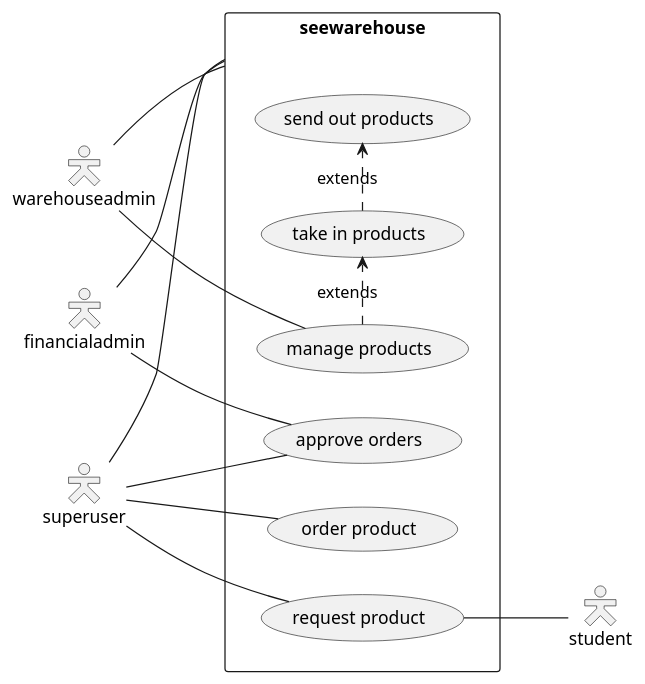
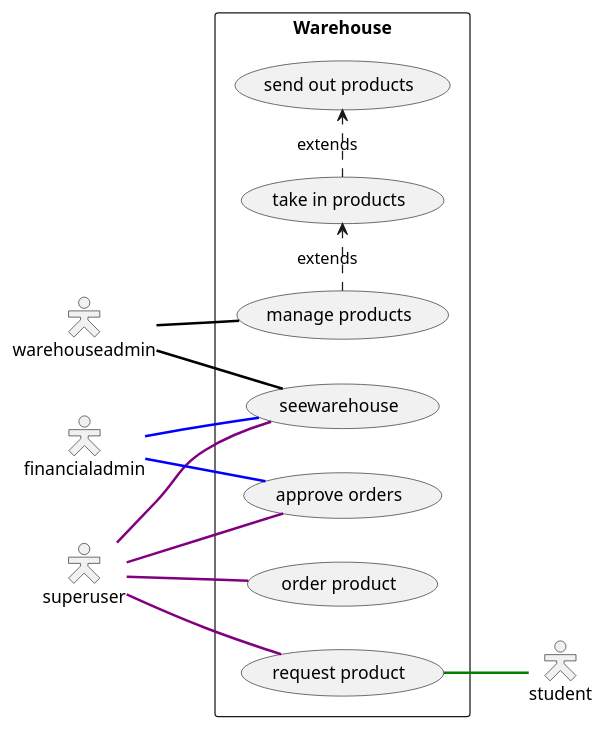
The diagram in test.wsd (maricalexei/Project-MBOU-Magazijn), drawn with PlantUML before and after one commit.

Commit message:
colorcoded lines

```diff
--- a/test.wsd
+++ b/test.wsd
@@ -1,22 +1,22 @@
 @startuml
 left to right direction
 skinparam packageStyle rectangle
 skinparam actorStyle hollow
 actor warehouseadmin
 actor superuser
 actor financialadmin
 actor student
-rectangle seewarehouse {
-    superuser -- (seewarehouse)
-    superuser -- (order product)
-    superuser -- (request product)
-    superuser -- (approve orders)
-    financialadmin -- (seewarehouse) 
-    financialadmin -- (approve orders)
-    (warehouseadmin) -- (seewarehouse)
-    warehouseadmin -- (manage products)
-    (request product) -- student
+rectangle Warehouse {
+    superuser -- (seewarehouse) #line:purple;line.bold
+    superuser -- (order product) #line:purple;line.bold
+    superuser -- (request product) #line:purple;line.bold
+    superuser -- (approve orders) #line:purple;line.bold
+    financialadmin -- (seewarehouse) #line:blue;line.bold
+    financialadmin -- (approve orders) #line:blue;line.bold
+    (warehouseadmin) -- (seewarehouse) #line:black;line.bold
+    warehouseadmin -- (manage products) #line:black;line.bold
+    (request product) -- student #line:green;line.bold
     (manage products) .> (take in products) : extends
     (take in products) .> (send out products) : extends
 }
 @enduml
```
